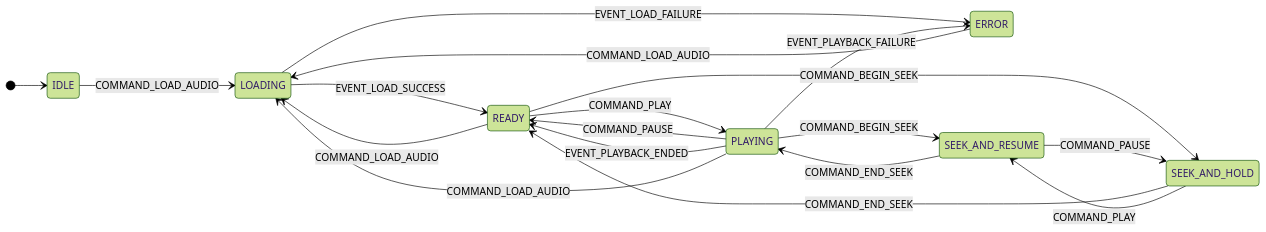
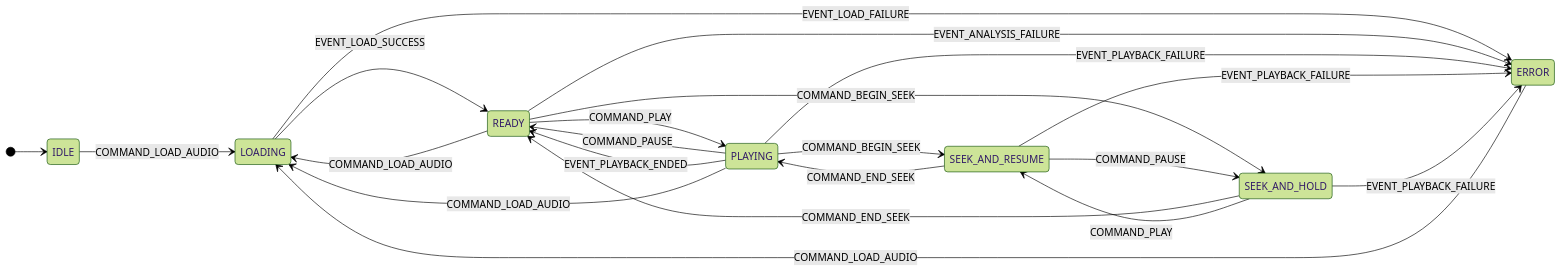
One commit to averykhoo/vibe-player-v3 changed the first of 4 diagrams in REFACTOR_PLAN.md. Above: the diagram before and after it, drawn with Mermaid (forest theme). The commit also changed other lines of this file, not shown here.

````diff
--- a/REFACTOR_PLAN.md
+++ b/REFACTOR_PLAN.md
@@ -376,21 +381,30 @@
 ```mermaid
 stateDiagram-v2
     direction LR
     [*] --> IDLE
     IDLE --> LOADING: COMMAND_LOAD_AUDIO
+
     LOADING --> READY: EVENT_LOAD_SUCCESS
     LOADING --> ERROR: EVENT_LOAD_FAILURE
+
     READY --> PLAYING: COMMAND_PLAY
     READY --> SEEK_AND_HOLD: COMMAND_BEGIN_SEEK
     READY --> LOADING: COMMAND_LOAD_AUDIO
+    READY --> ERROR: EVENT_ANALYSIS_FAILURE
+
     PLAYING --> READY: COMMAND_PAUSE
     PLAYING --> READY: EVENT_PLAYBACK_ENDED
     PLAYING --> SEEK_AND_RESUME: COMMAND_BEGIN_SEEK
     PLAYING --> LOADING: COMMAND_LOAD_AUDIO
     PLAYING --> ERROR: EVENT_PLAYBACK_FAILURE
+
     SEEK_AND_RESUME --> PLAYING: COMMAND_END_SEEK
     SEEK_AND_RESUME --> SEEK_AND_HOLD: COMMAND_PAUSE
+    SEEK_AND_RESUME --> ERROR: EVENT_PLAYBACK_FAILURE
+
     SEEK_AND_HOLD --> READY: COMMAND_END_SEEK
     SEEK_AND_HOLD --> SEEK_AND_RESUME: COMMAND_PLAY
+    SEEK_AND_HOLD --> ERROR: EVENT_PLAYBACK_FAILURE
+
     ERROR --> LOADING: COMMAND_LOAD_AUDIO
 ```
````
